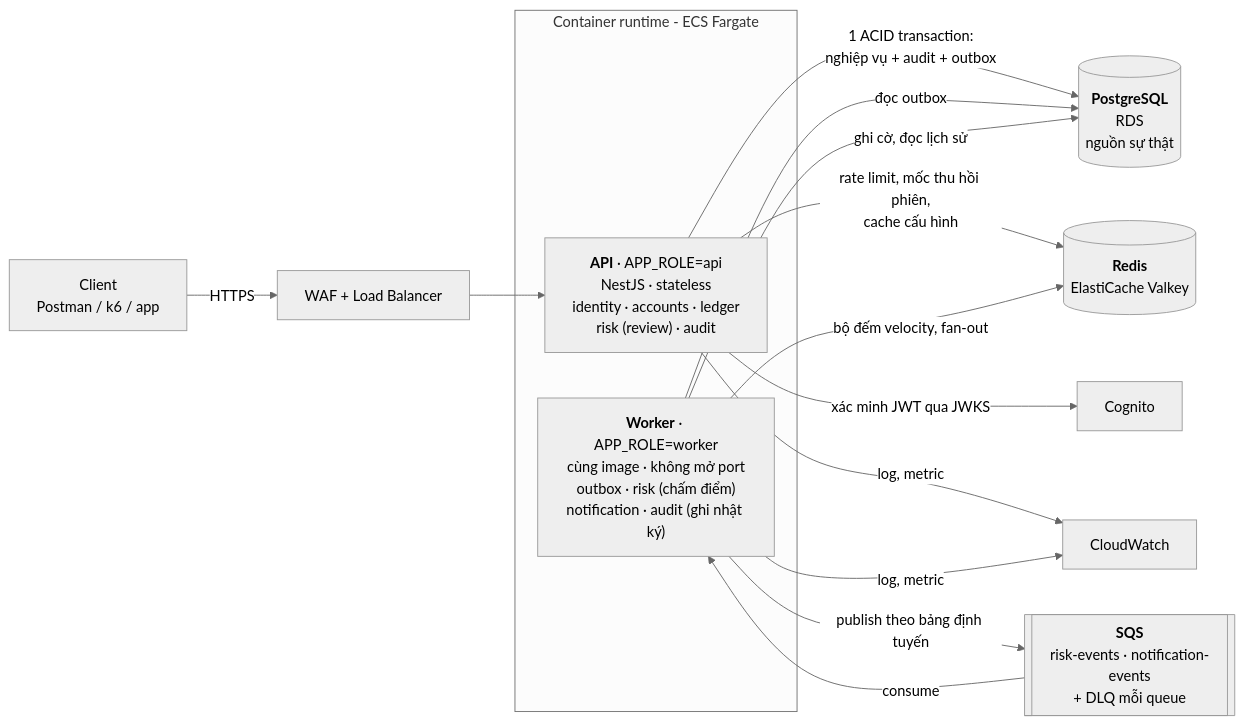
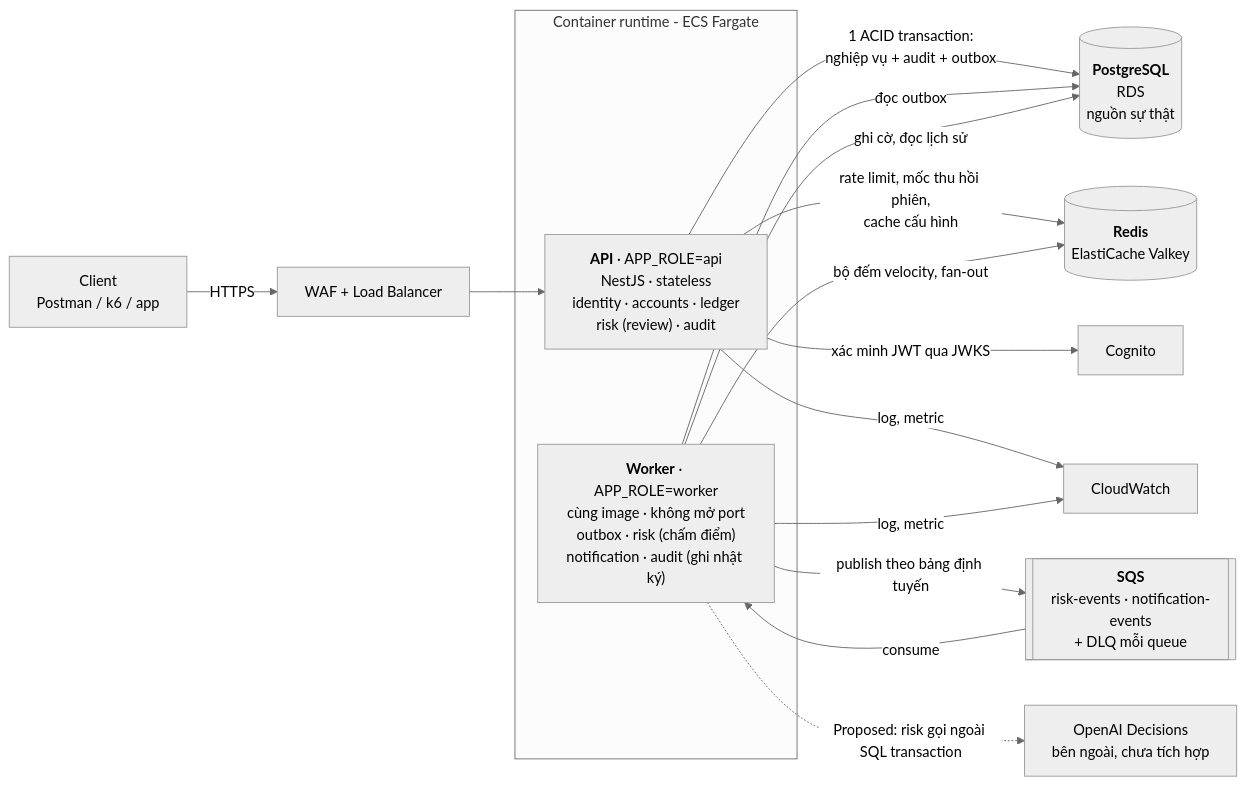
One commit to Lawliet119/digital-banking-simulator changed the second of 14 diagrams in docs/03_HIGH_LEVEL_ARCHITECTURE.md. Above: the diagram before and after it, drawn with Mermaid (neutral theme). The commit also changed other lines of this file and 18 other files, not shown here.

Commit message:
docs(risk): đề xuất fraud rules kết hợp API AI

````diff
--- a/docs/03_HIGH_LEVEL_ARCHITECTURE.md
+++ b/docs/03_HIGH_LEVEL_ARCHITECTURE.md
@@ -81,20 +85,21 @@
 ```mermaid
 flowchart LR
     C[Client<br/>Postman / k6 / app] -->|HTTPS| EDGE[WAF + Load Balancer]
     EDGE --> API
 
     subgraph RUN[Container runtime - ECS Fargate]
         API["<b>API</b> · APP_ROLE=api<br/>NestJS · stateless<br/>identity · accounts · ledger<br/>risk (review) · audit"]
         WRK["<b>Worker</b> · APP_ROLE=worker<br/>cùng image · không mở port<br/>outbox · risk (chấm điểm)<br/>notification · audit (ghi nhật ký)"]
     end
 
     API -->|1 ACID transaction:<br/>nghiệp vụ + audit + outbox| PG[("<b>PostgreSQL</b><br/>RDS<br/>nguồn sự thật")]
     API -->|rate limit, mốc thu hồi phiên,<br/>cache cấu hình| RD[("<b>Redis</b><br/>ElastiCache Valkey")]
     API -->|xác minh JWT qua JWKS| COG[Cognito]
     WRK -->|đọc outbox| PG
     WRK -->|publish theo bảng định tuyến| Q[["<b>SQS</b><br/>risk-events · notification-events<br/>+ DLQ mỗi queue"]]
     Q -->|consume| WRK
     WRK -->|bộ đếm velocity, fan-out| RD
     WRK -->|ghi cờ, đọc lịch sử| PG
+    WRK -.->|Proposed: risk gọi ngoài SQL transaction| AI["OpenAI Decisions<br/>bên ngoài, chưa tích hợp"]
     API & WRK -->|log, metric| CW[CloudWatch]
 ```
````
